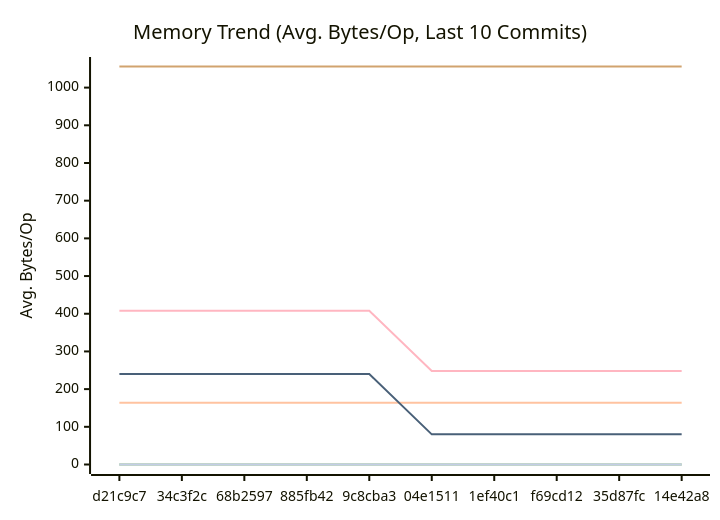
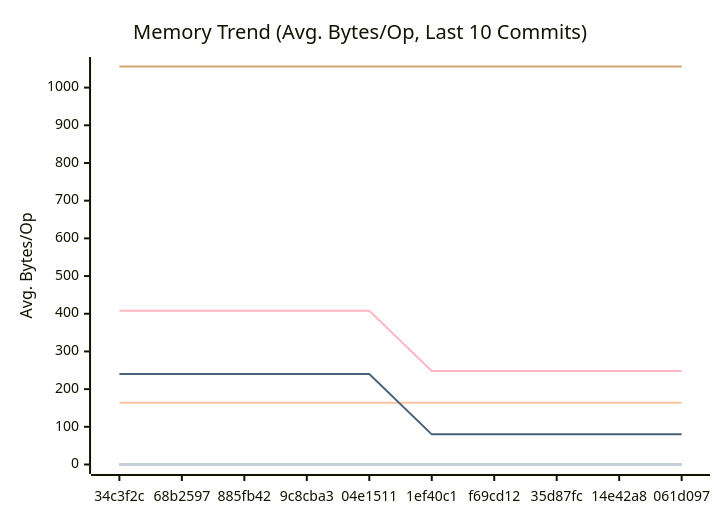
One commit to alsotoes/momo changed the second of 3 diagrams in docs/PERFORMANCE.md. Above: the diagram before and after it, drawn with Mermaid. The commit also changed other lines of this file and 2 other files, not shown here.

````diff
--- a/docs/PERFORMANCE.md
+++ b/docs/PERFORMANCE.md
@@ -97,16 +97,16 @@
 ```mermaid
 xychart-beta
     title "Memory Trend (Avg. Bytes/Op, Last 10 Commits)"
     x-axis "Commit"
     y-axis "Avg. Bytes/Op"
-    x-axis [d21c9c7,34c3f2c,68b2597,885fb42,9c8cba3,04e1511,1ef40c1,f69cd12,35d87fc,14e42a8]
+    x-axis [34c3f2c,68b2597,885fb42,9c8cba3,04e1511,1ef40c1,f69cd12,35d87fc,14e42a8,061d097]
     line "CheckMetricsAndSwap" [0,0,0,0,0,0,0,0,0,0]
     line "CrushOptimized" [0,0,0,0,0,0,0,0,0,0]
     line "CrushOriginal" [164,164,164,164,164,164,164,164,164,164]
     line "IndexDirectTracking" [0,0,0,0,0,0,0,0,0,0]
     line "IndexSearch" [0,0,0,0,0,0,0,0,0,0]
     line "LoadGlobalConfig" [1056,1056,1056,1056,1056,1056,1056,1056,1056,1056]
     line "PadString" [0,0,0,0,0,0,0,0,0,0]
     line "ParseReplicationOrder_NoPrealloc" [408,408,408,408,408,248,248,248,248,248]
     line "ParseReplicationOrder_Prealloc" [240,240,240,240,240,80,80,80,80,80]
 ```
````
